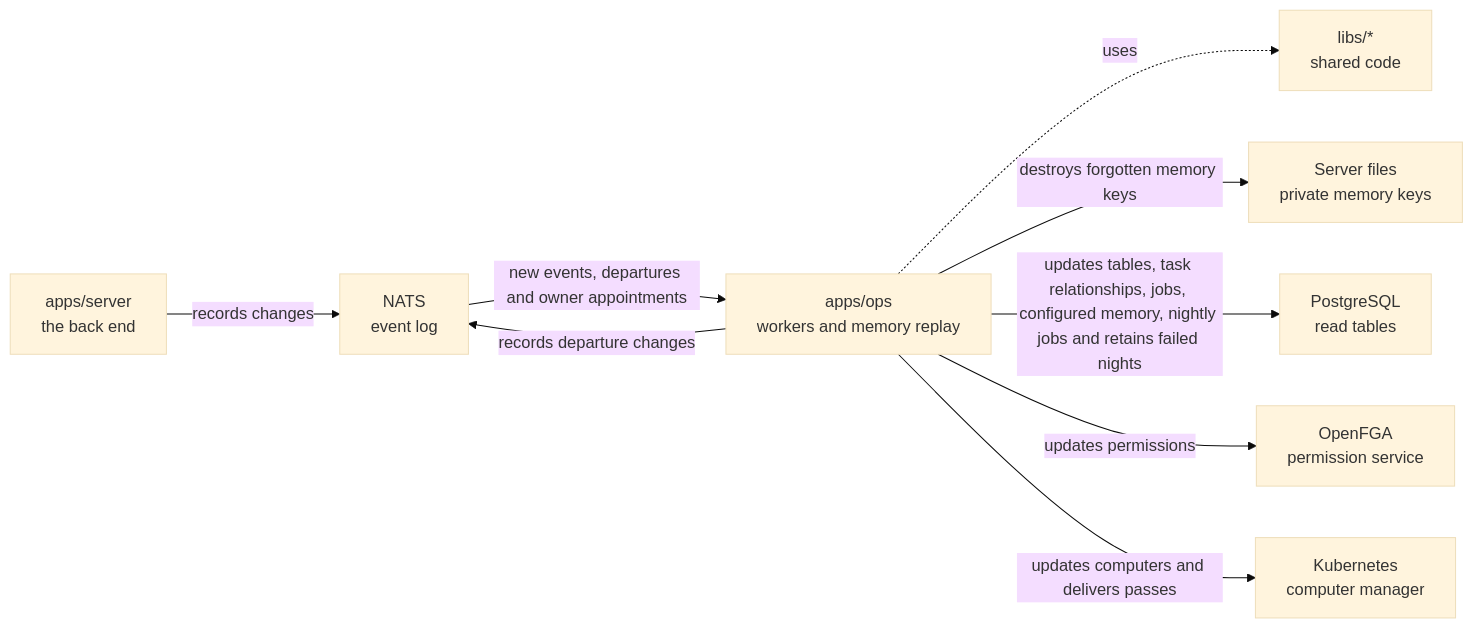
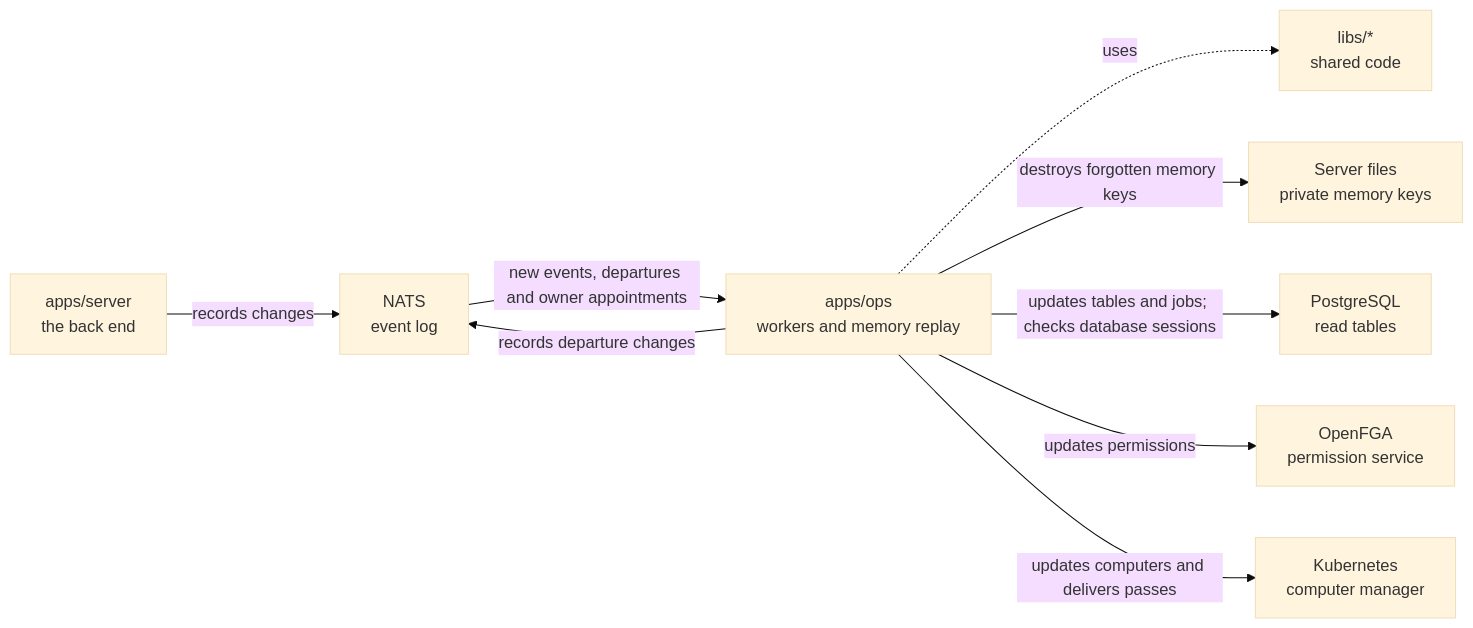
Before and after one commit to elewa-git/opencrane-new: the diagram in apps/ops/README.md, drawn with Mermaid (base theme). The commit also changed other lines of this file and 10 other files, not shown here.

First line of the commit message:
🧪 The upgrade check skips only known PostgreSQL helper sessions and never prints client SQL, so its test no longer times out at random (#385)

````diff
--- a/apps/ops/README.md
+++ b/apps/ops/README.md
@@ -11,11 +11,11 @@
 ```mermaid
 flowchart LR
   server["apps/server<br/>the back end"] -->|records changes| nats["NATS<br/>event log"]
   nats -->|new events, departures and owner appointments| ops["apps/ops<br/>workers and memory replay"]
   ops -->|records departure changes| nats
   ops -.->|uses| libs["libs/*<br/>shared code"]
   ops -->|destroys forgotten memory keys| keys["Server files<br/>private memory keys"]
-  ops -->|updates tables, task relationships, jobs, configured memory, nightly jobs and retains failed nights| postgres["PostgreSQL<br/>read tables"]
+  ops -->|updates tables and jobs; checks database sessions| postgres["PostgreSQL<br/>read tables"]
   ops -->|updates permissions| fga["OpenFGA<br/>permission service"]
   ops -->|updates computers and delivers passes| kube["Kubernetes<br/>computer manager"]
 ```
````
